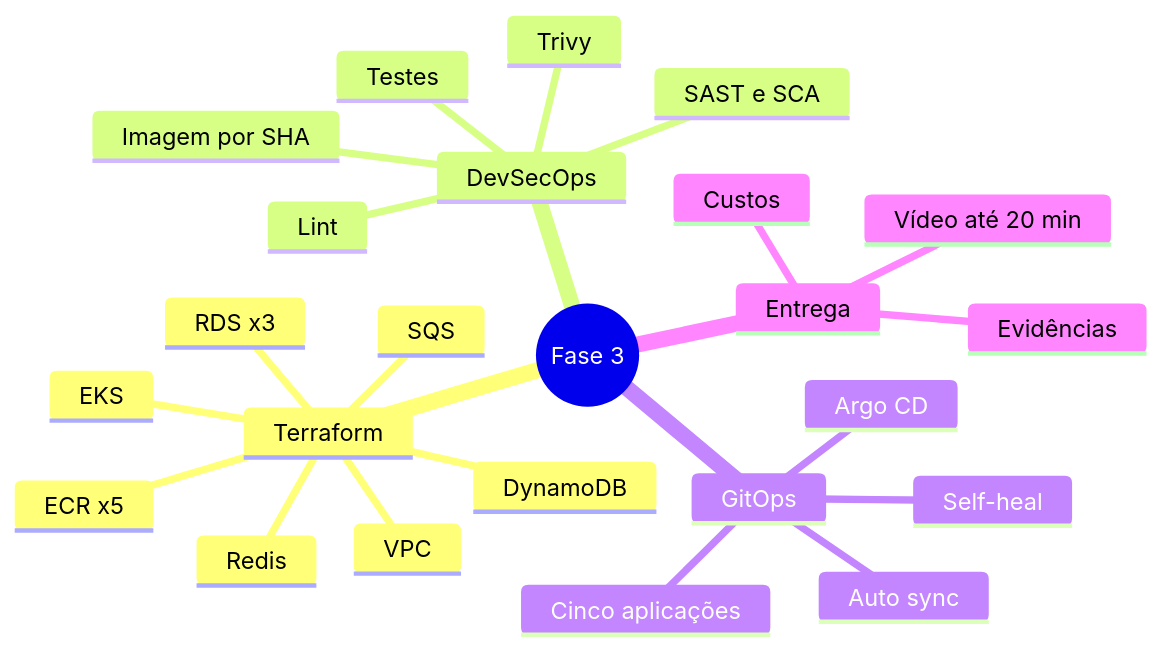
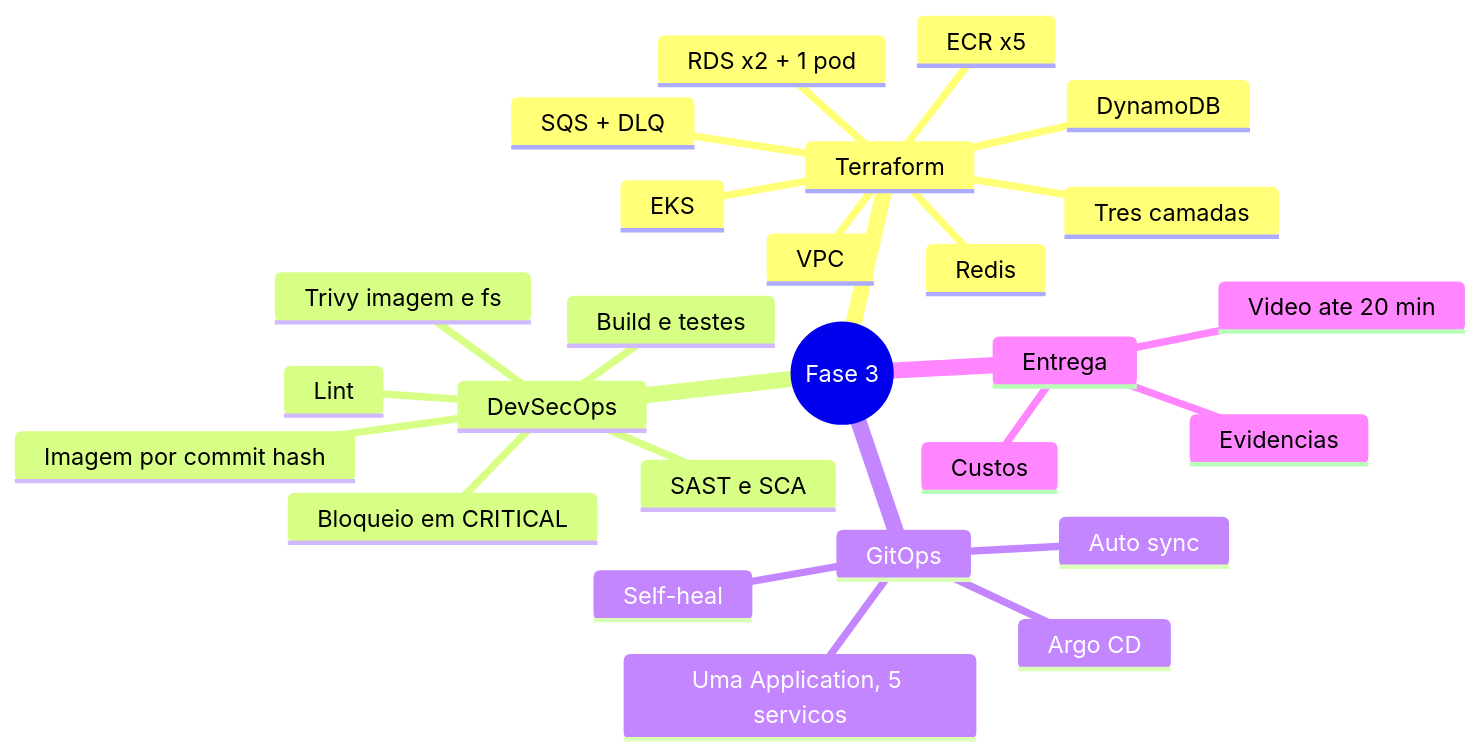
Before and after one commit to fiap-devops-arqcloud-2026/tech-challenge-03: the third of 3 diagrams in docs/fase-3/ARQUITETURA.md, drawn with Mermaid. The commit also changed other lines of this file and 27 other files, not shown here.

````diff
--- a/docs/fase-3/ARQUITETURA.md
+++ b/docs/fase-3/ARQUITETURA.md
@@ -24,27 +63,29 @@
 ```mermaid
 mindmap
   root((Fase 3))
     Terraform
+      Tres camadas
       VPC
       EKS
-      RDS x3
+      RDS x2 + 1 pod
       Redis
-      SQS
+      SQS + DLQ
       DynamoDB
       ECR x5
     DevSecOps
-      Testes
+      Build e testes
       Lint
       SAST e SCA
-      Trivy
-      Imagem por SHA
+      Trivy imagem e fs
+      Bloqueio em CRITICAL
+      Imagem por commit hash
     GitOps
       Argo CD
       Auto sync
       Self-heal
-      Cinco aplicações
+      Uma Application, 5 servicos
     Entrega
-      Evidências
+      Evidencias
       Custos
-      Vídeo até 20 min
+      Video ate 20 min
 ```
````
